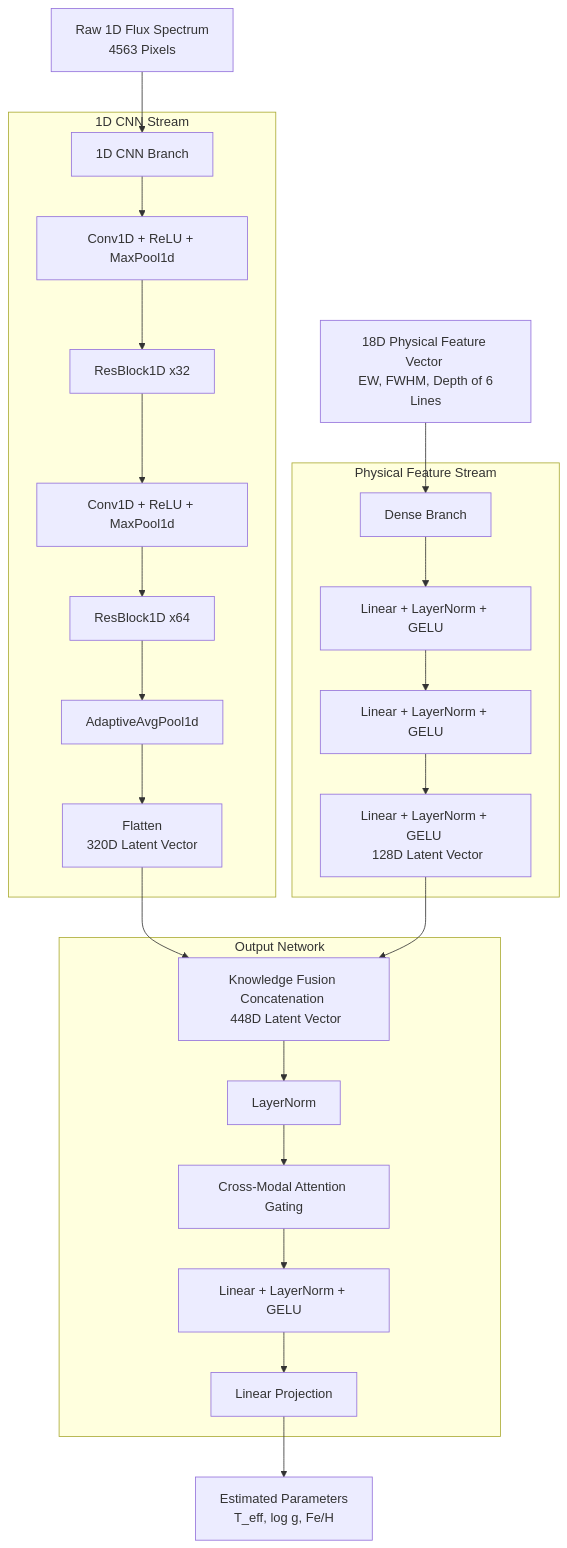
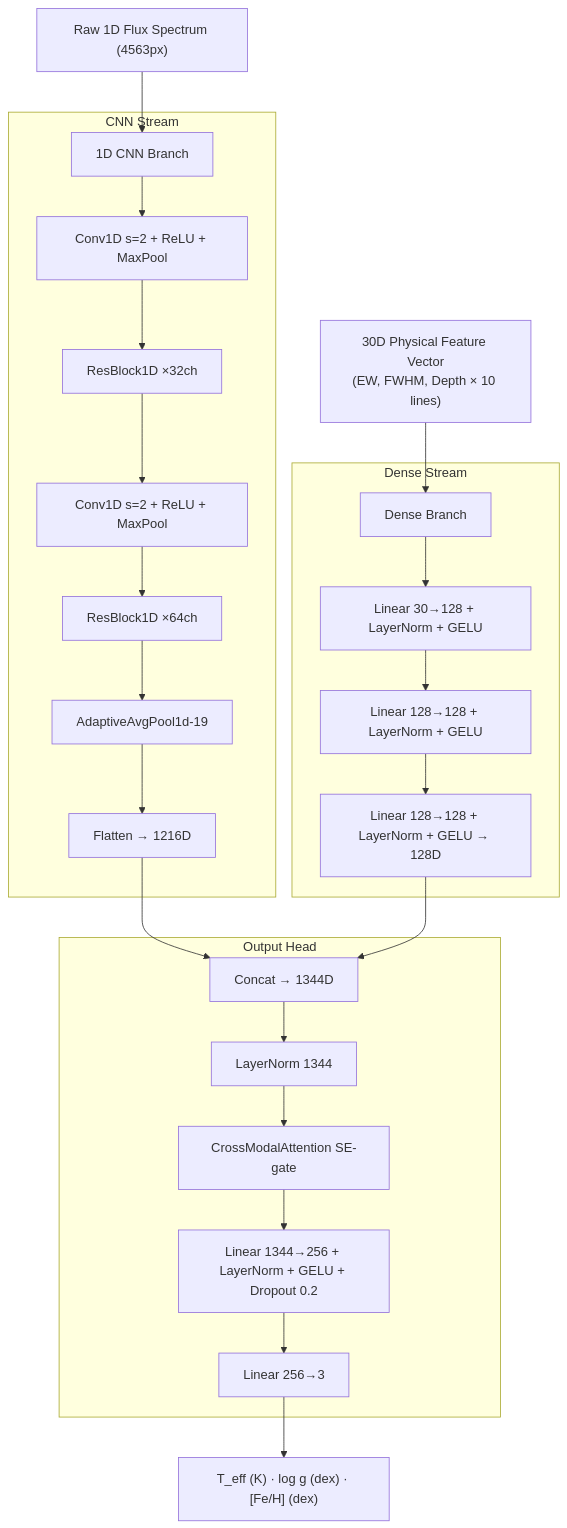
One commit to jkmanyeEx/StellarParameterHybridNet changed the diagram in README.md. Above: the diagram before and after it, drawn with Mermaid. The commit also changed other lines of this file and 4 other files, not shown here.

````diff
--- a/README.md
+++ b/README.md
@@ -127,37 +190,32 @@
 ```mermaid
 graph TD
-    %% Input Layer
-    InFlux[Raw 1D Flux Spectrum <br> 4563 Pixels] --> CNNBranch[1D CNN Branch]
-    InFeat[18D Physical Feature Vector <br> EW, FWHM, Depth of 6 Lines] --> DenseBranch[Dense Branch]
-    
-    %% CNN Branch Detail
-    subgraph 1D CNN Stream
-        CNNBranch --> Conv1[Conv1D + ReLU + MaxPool1d]
-        Conv1 --> Res1[ResBlock1D x32]
-        Res1 --> Conv2[Conv1D + ReLU + MaxPool1d]
-        Conv2 --> Res2[ResBlock1D x64]
-        Res2 --> AvgPool[AdaptiveAvgPool1d]
-        AvgPool --> Flat[Flatten <br> 320D Latent Vector]
+    InFlux["Raw 1D Flux Spectrum (4563px)"] --> CNN[1D CNN Branch]
+    InFeat["30D Physical Feature Vector\n(EW, FWHM, Depth × 10 lines)"] --> Dense[Dense Branch]
+
+    subgraph CNN Stream
+        CNN --> C1[Conv1D s=2 + ReLU + MaxPool]
+        C1  --> R1[ResBlock1D ×32ch]
+        R1  --> C2[Conv1D s=2 + ReLU + MaxPool]
+        C2  --> R2[ResBlock1D ×64ch]
+        R2  --> AP[AdaptiveAvgPool1d-19]
+        AP  --> FL[Flatten → 1216D]
     end
-    
-    %% Feature Branch Detail
-    subgraph Physical Feature Stream
-        DenseBranch --> FC1[Linear + LayerNorm + GELU]
-        FC1 --> FC2[Linear + LayerNorm + GELU]
-        FC2 --> FC3[Linear + LayerNorm + GELU <br> 128D Latent Vector]
+
+    subgraph Dense Stream
+        Dense --> D1[Linear 30→128 + LayerNorm + GELU]
+        D1    --> D2[Linear 128→128 + LayerNorm + GELU]
+        D2    --> D3[Linear 128→128 + LayerNorm + GELU → 128D]
     end
-    
-    %% Knowledge Fusion & Attention
-    Flat --> Concat[Knowledge Fusion Concatenation <br> 448D Latent Vector]
-    FC3 --> Concat
-    
-    subgraph Output Network
-        Concat --> LN1[LayerNorm]
-        LN1 --> CMA[Cross-Modal Attention Gating]
-        CMA --> MLP[Linear + LayerNorm + GELU]
-        MLP --> OutProj[Linear Projection]
+
+    FL  --> Fuse[Concat → 1344D]
+    D3  --> Fuse
+
+    subgraph Output Head
+        Fuse --> LN[LayerNorm 1344]
+        LN   --> CMA[CrossModalAttention SE-gate]
+        CMA  --> P1[Linear 1344→256 + LayerNorm + GELU + Dropout 0.2]
+        P1   --> Out[Linear 256→3]
     end
-    
-    %% Predictions
-    OutProj --> Predictions[Estimated Parameters <br> T_eff, log g, Fe/H]
+
+    Out --> Pred["T_eff (K) · log g (dex) · [Fe/H] (dex)"]
 ```
````
